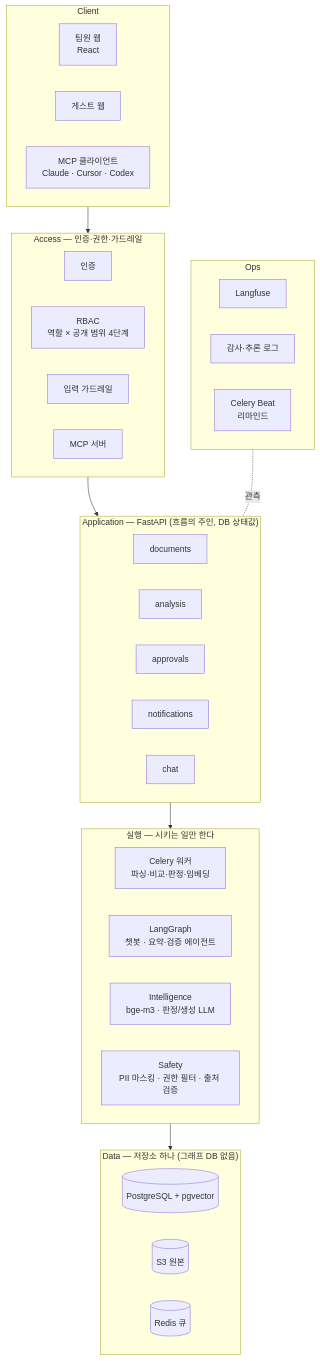
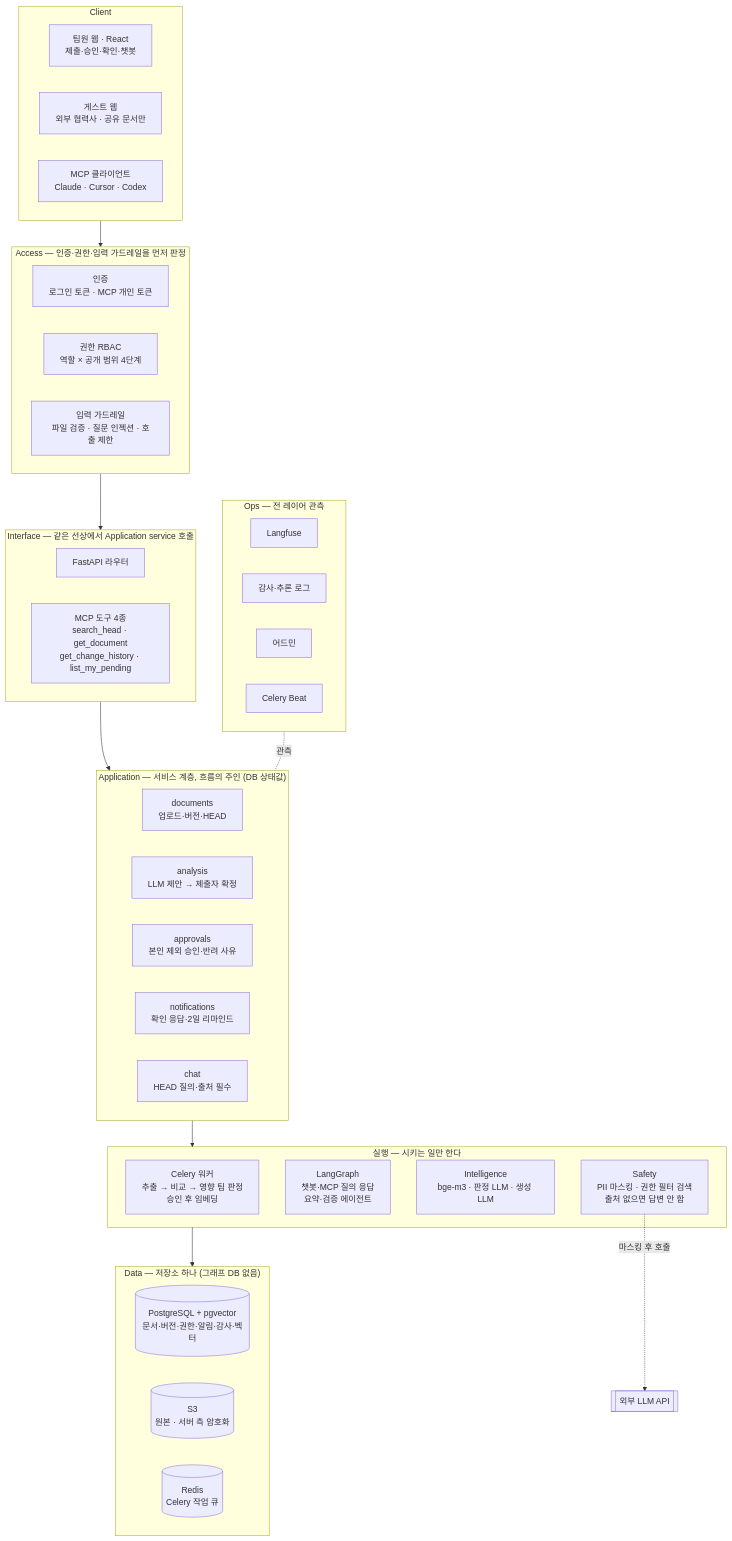
One commit to SKNETWORKS-FAMILY-AICAMP/SKN35-FINAL-1TEAM changed the second of 3 diagrams in README.md. Above: the diagram before and after it, drawn with Mermaid. The commit also changed other lines of this file, not shown here.

````diff
--- a/README.md
+++ b/README.md
@@ -49,45 +119,53 @@
 ```mermaid
 flowchart TB
     subgraph Client
-        WEB[팀원 웹<br/>React]
-        GUEST[게스트 웹]
+        WEB[팀원 웹 · React<br/>제출·승인·확인·챗봇]
+        GUEST[게스트 웹<br/>외부 협력사 · 공유 문서만]
         MCPC[MCP 클라이언트<br/>Claude · Cursor · Codex]
     end
 
-    subgraph Access["Access — 인증·권한·가드레일"]
-        AUTH[인증]
-        RBAC[RBAC<br/>역할 × 공개 범위 4단계]
-        GUARD[입력 가드레일]
-        MCPS[MCP 서버]
+    subgraph Access["Access — 인증·권한·입력 가드레일을 먼저 판정"]
+        AUTH[인증<br/>로그인 토큰 · MCP 개인 토큰]
+        RBAC[권한 RBAC<br/>역할 × 공개 범위 4단계]
+        GUARD[입력 가드레일<br/>파일 검증 · 질문 인젝션 · 호출 제한]
     end
 
-    subgraph App["Application — FastAPI (흐름의 주인, DB 상태값)"]
-        DOC[documents]
-        ANA[analysis]
-        APV[approvals]
-        NTF[notifications]
-        CHAT[chat]
+    subgraph Interface["Interface — 같은 선상에서 Application service 호출"]
+        ROUTER[FastAPI 라우터]
+        MCPT[MCP 도구 4종<br/>search_head · get_document<br/>get_change_history · list_my_pending]
+    end
+
+    subgraph App["Application — 서비스 계층, 흐름의 주인 (DB 상태값)"]
+        DOC[documents<br/>업로드·버전·HEAD]
+        ANA[analysis<br/>LLM 제안 → 제출자 확정]
+        APV[approvals<br/>본인 제외 승인·반려 사유]
+        NTF[notifications<br/>확인 응답·2일 리마인드]
+        CHAT[chat<br/>HEAD 질의·출처 필수]
     end
 
     subgraph Exec["실행 — 시키는 일만 한다"]
-        CEL[Celery 워커<br/>파싱·비교·판정·임베딩]
-        LG[LangGraph<br/>챗봇 · 요약·검증 에이전트]
-        INT[Intelligence<br/>bge-m3 · 판정/생성 LLM]
-        SAFE[Safety<br/>PII 마스킹 · 권한 필터 · 출처 검증]
+        CEL[Celery 워커<br/>추출 → 비교 → 영향 팀 판정<br/>승인 후 임베딩]
+        LG[LangGraph<br/>챗봇·MCP 질의 응답<br/>요약·검증 에이전트]
+        INT[Intelligence<br/>bge-m3 · 판정 LLM · 생성 LLM]
+        SAFE[Safety<br/>PII 마스킹 · 권한 필터 검색<br/>출처 없으면 답변 안 함]
     end
 
     subgraph Data["Data — 저장소 하나 (그래프 DB 없음)"]
-        PG[(PostgreSQL + pgvector)]
-        S3[(S3 원본)]
-        RD[(Redis 큐)]
+        PG[(PostgreSQL + pgvector<br/>문서·버전·권한·알림·감사·벡터)]
+        S3[(S3<br/>원본 · 서버 측 암호화)]
+        RD[(Redis<br/>Celery 작업 큐)]
     end
 
-    subgraph Ops
+    subgraph Ops["Ops — 전 레이어 관측"]
         LF[Langfuse]
         AUD[감사·추론 로그]
-        BEAT[Celery Beat<br/>리마인드]
+        ADM[어드민]
+        BEAT[Celery Beat]
     end
 
-    Client --> Access --> App --> Exec --> Data
+    LLM[[외부 LLM API]]
+
+    Client --> Access --> Interface --> App --> Exec --> Data
+    SAFE -.마스킹 후 호출.-> LLM
     Ops -.관측.- App
 ```
````
